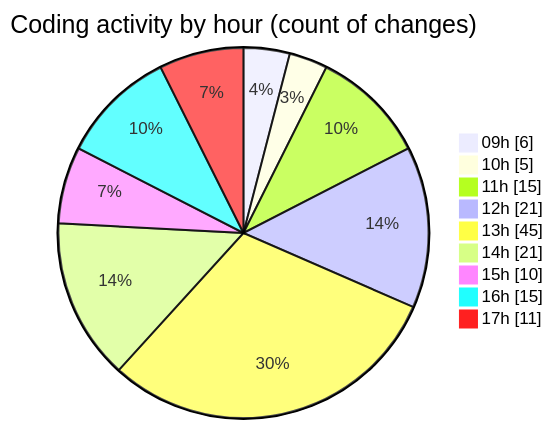
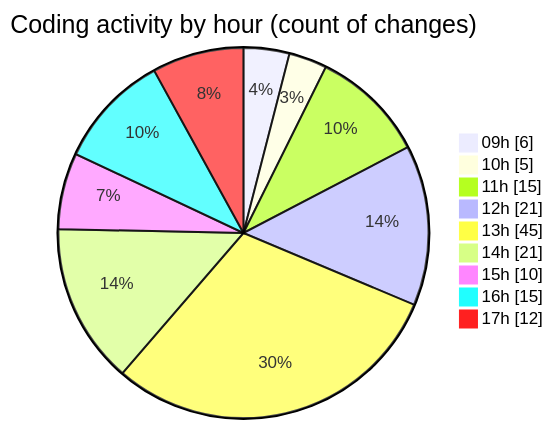
The second of 2 diagrams in 2025-10-02/cda/README.md (momahboobian/code-tracking), drawn with Mermaid before and after one commit. The commit also changed other lines of this file and 1 other file, not shown here.

````diff
--- a/2025-10-02/cda/README.md
+++ b/2025-10-02/cda/README.md
@@ -40,13 +40,13 @@
 ```mermaid
 pie showData
 title Coding activity by hour (count of changes)
 "09h" : 6
 "10h" : 5
 "11h" : 15
 "12h" : 21
 "13h" : 45
 "14h" : 21
 "15h" : 10
 "16h" : 15
-"17h" : 11
+"17h" : 12
 ```
````
